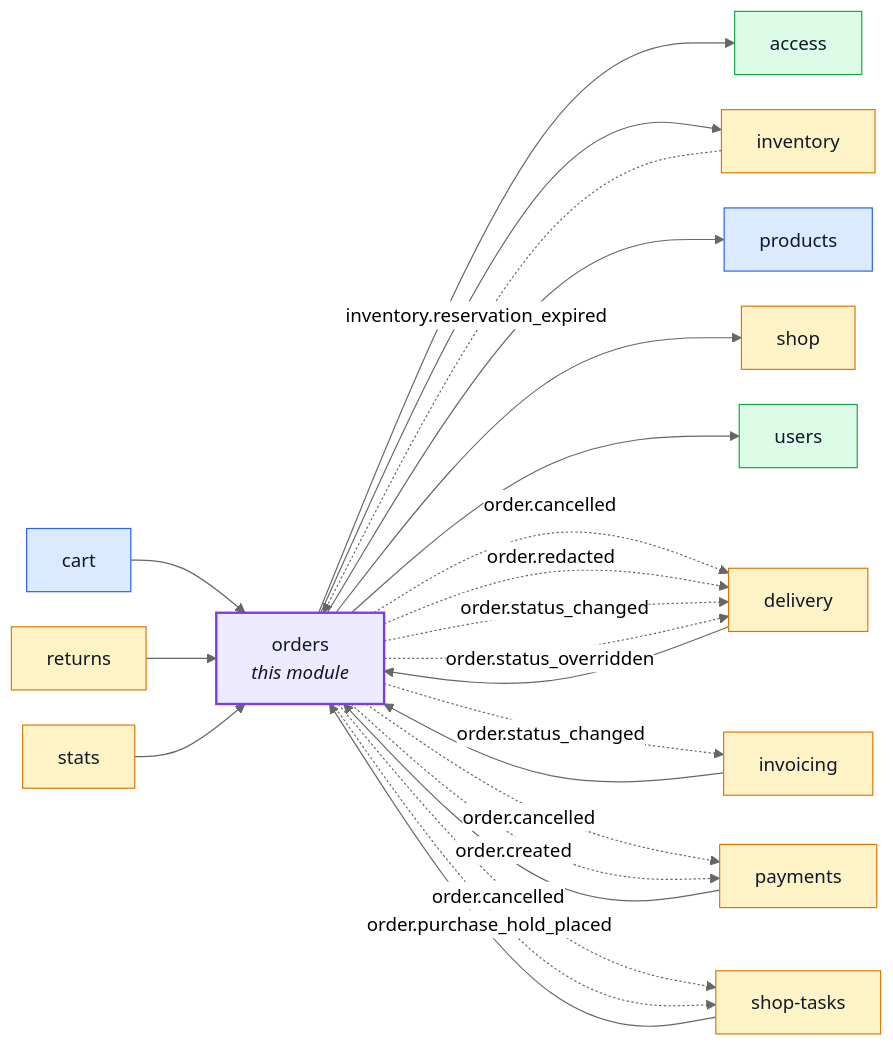
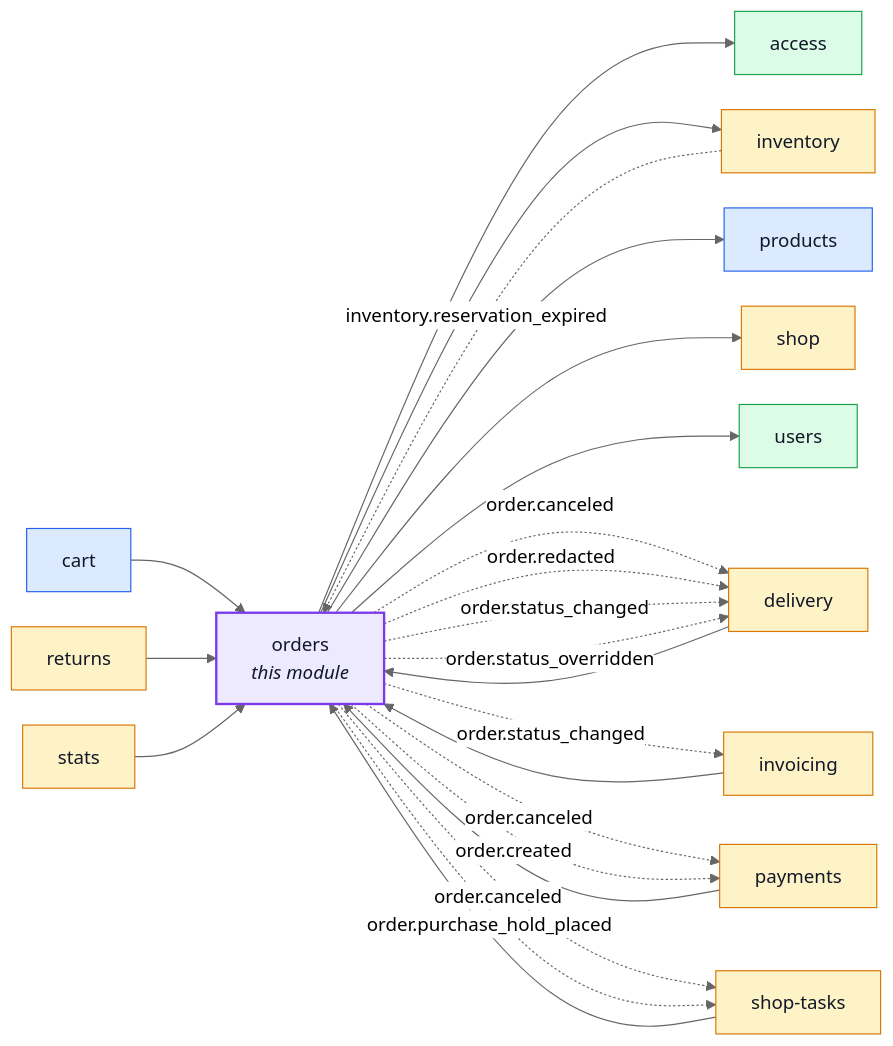
One commit to Guebbit/boilerplate-node-backend changed the first of 9 diagrams in docs/modules/orders.md. Above: the diagram before and after it, drawn with Mermaid (neutral theme). The commit also changed other lines of this file and 301 other files, not shown here.

````diff
--- a/docs/modules/orders.md
+++ b/docs/modules/orders.md
@@ -16,49 +16,49 @@
 ```mermaid
 %%{init: {'flowchart': {'nodeSpacing': 30, 'rankSpacing': 60}}}%%
 flowchart LR
     orders["orders<br/><i>this module</i>"]
     access["access"]
     cart["cart"]
     delivery["delivery"]
     inventory["inventory"]
     invoicing["invoicing"]
     payments["payments"]
     products["products"]
     returns["returns"]
     shop["shop"]
     shop_tasks["shop-tasks"]
     stats["stats"]
     users["users"]
 
     cart --> orders
     delivery --> orders
     invoicing --> orders
     payments --> orders
     returns --> orders
     shop_tasks --> orders
     stats --> orders
     orders --> access
     orders --> inventory
     orders --> products
     orders --> shop
     orders --> users
     inventory -. "inventory.reservation_expired" .-> orders
-    orders -. "order.cancelled" .-> delivery
+    orders -. "order.canceled" .-> delivery
     orders -. "order.redacted" .-> delivery
     orders -. "order.status_changed" .-> delivery
     orders -. "order.status_overridden" .-> delivery
     orders -. "order.status_changed" .-> invoicing
-    orders -. "order.cancelled" .-> payments
+    orders -. "order.canceled" .-> payments
     orders -. "order.created" .-> payments
-    orders -. "order.cancelled" .-> shop_tasks
+    orders -. "order.canceled" .-> shop_tasks
     orders -. "order.purchase_hold_placed" .-> shop_tasks
 
     classDef core fill:#dbeafe,stroke:#2563eb,color:#111827;
     classDef supporting fill:#fef3c7,stroke:#d97706,color:#111827;
     classDef generic fill:#dcfce7,stroke:#16a34a,color:#111827;
     classDef centre fill:#ede9fe,stroke:#7c3aed,stroke-width:2px,color:#111827;
     class cart,products core;
     class delivery,inventory,invoicing,payments,returns,shop,shop_tasks,stats supporting;
     class access,users generic;
     class orders centre;
 ```
````
